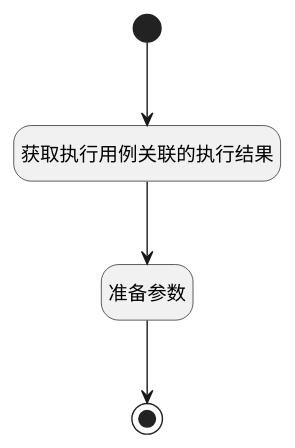
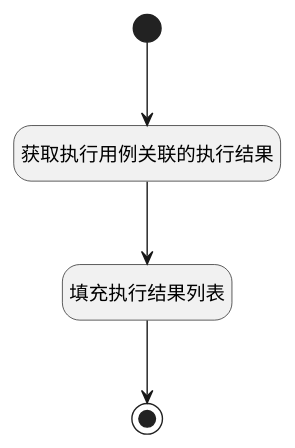
The diagram in doc/docsify/module/TestMgmt/run/logic/run_history_get.md (iBizLab/plm), drawn with PlantUML before and after one commit. The commit also changed other lines of this file and 1778 other files, not shown here.

````diff
--- a/doc/docsify/module/TestMgmt/run/logic/run_history_get.md
+++ b/doc/docsify/module/TestMgmt/run/logic/run_history_get.md
@@ -7,23 +7,23 @@
 ```plantuml
 @startuml
 hide empty description
 <style>
 root {
   HyperlinkColor #42b983
 }
 </style>
 
 hide empty description
 state "开始" as Begin <<start>> [[$./run_history_get#begin {"开始"}]]
 state "获取执行用例关联的执行结果" as RAWSQLCALL1  [[$./run_history_get#rawsqlcall1 {"获取执行用例关联的执行结果"}]]
-state "准备参数" as PREPAREPARAM1  [[$./run_history_get#prepareparam1 {"准备参数"}]]
+state "填充执行结果列表" as PREPAREPARAM1  [[$./run_history_get#prepareparam1 {"填充执行结果列表"}]]
 state "结束" as END1 <<end>> [[$./run_history_get#end1 {"结束"}]]
 
 
 Begin --> RAWSQLCALL1
 RAWSQLCALL1 --> PREPAREPARAM1
 PREPAREPARAM1 --> END1
 
 
 @enduml
 ```
````
